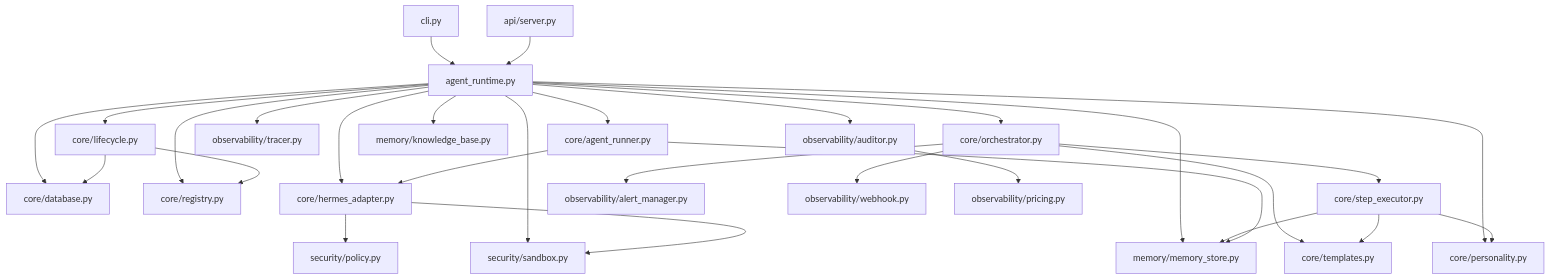
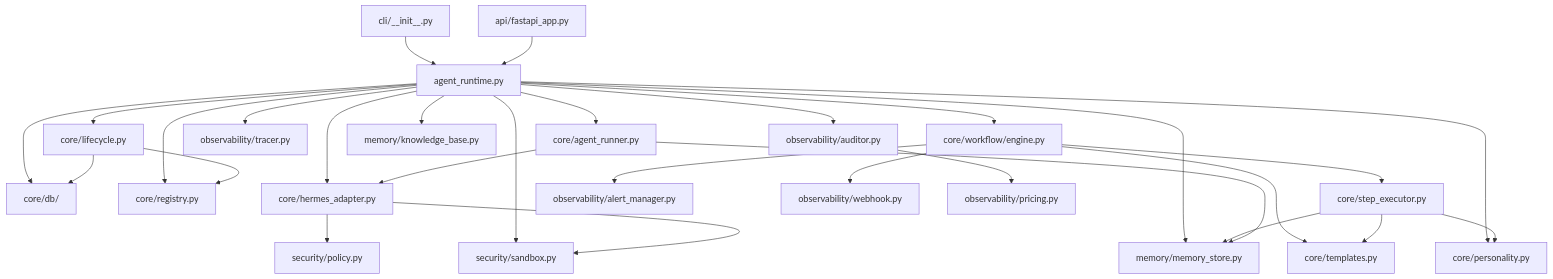
The second of 2 diagrams in wiki/concepts/sccsos-architecture-framework.md (sccsos/sccsos), drawn with Mermaid before and after one commit. The commit also changed other lines of this file and 61 other files, not shown here.

````diff
--- a/wiki/concepts/sccsos-architecture-framework.md
+++ b/wiki/concepts/sccsos-architecture-framework.md
@@ -88,31 +88,31 @@
 ```mermaid
 flowchart TD
-    cli["cli.py"] --> runtime["agent_runtime.py"]
-    api["api/server.py"] --> runtime
-    runtime --> db["core/database.py"]
+    cli["cli/__init__.py"] --> runtime["agent_runtime.py"]
+    api["api/fastapi_app.py"] --> runtime
+    runtime --> db["core/db/"]
     runtime --> reg["core/registry.py"]
     runtime --> lm["core/lifecycle.py"]
     runtime --> adp["core/hermes_adapter.py"]
     runtime --> runner["core/agent_runner.py"]
-    runtime --> wfe["core/orchestrator.py"]
+    runtime --> wfe["core/workflow/engine.py"]
     runtime --> tr["observability/tracer.py"]
     runtime --> au["observability/auditor.py"]
     runtime --> kb["memory/knowledge_base.py"]
     runtime --> ms["memory/memory_store.py"]
     runtime --> pr["core/personality.py"]
     runtime --> sbox["security/sandbox.py"]
     wfe --> se["core/step_executor.py"]
     wfe --> tmpl["core/templates.py"]
     wfe --> al["observability/alert_manager.py"]
     wfe --> wh["observability/webhook.py"]
     se --> tmpl
     se --> ms
     se --> pr
     adp --> pe["security/policy.py"]
     adp --> sbox
     runner --> adp
     runner --> ms
     au --> prc["observability/pricing.py"]
     lm --> reg
     lm --> db
 ```
````
